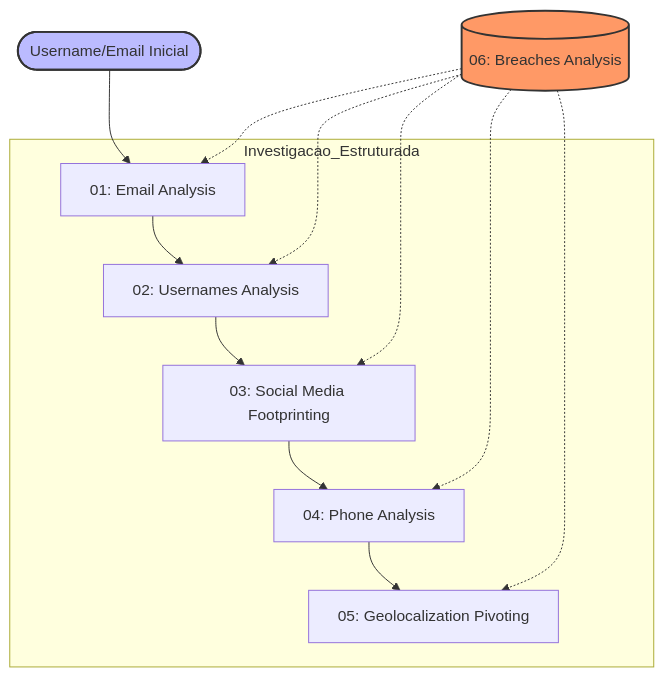
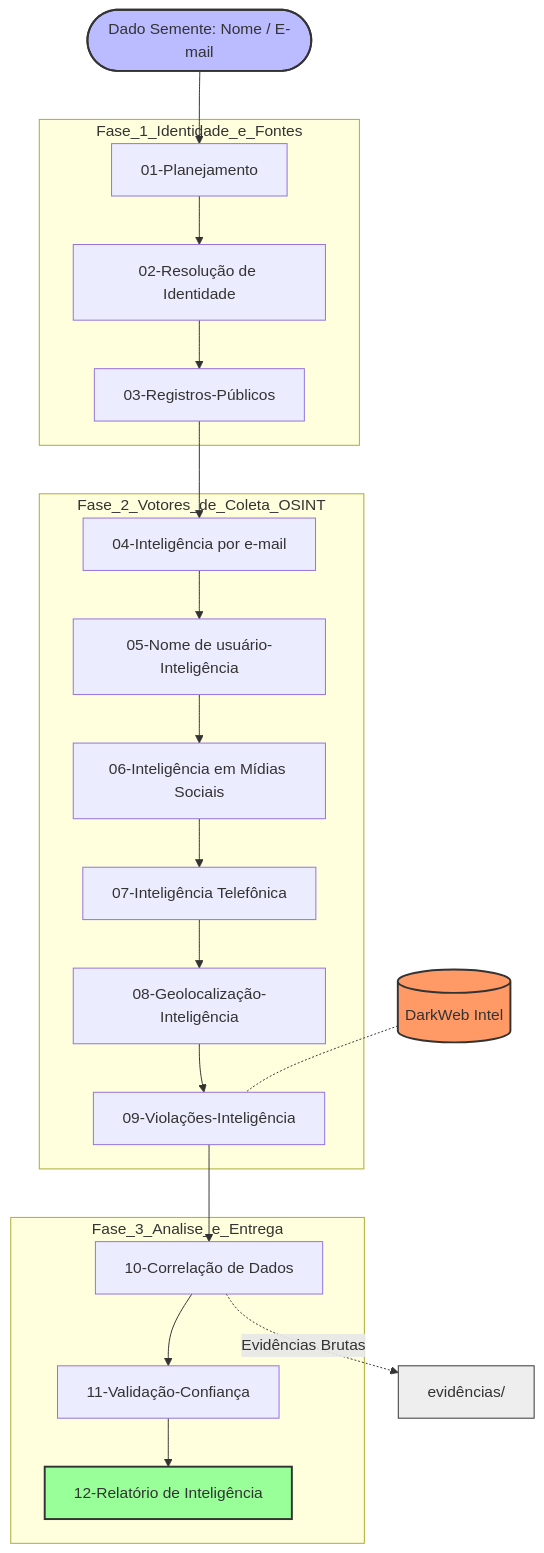
Before and after one commit to edenzafire/Red_Team_Repo: the diagram in 01_Osint/README.md, drawn with Mermaid. The commit also changed other lines of this file, not shown here.

````diff
--- a/01_Osint/README.md
+++ b/01_Osint/README.md
@@ -31,27 +32,36 @@
 ```mermaid
 graph TD
-    %% Ponto Central
-    B_DB[(06: Breaches Analysis)] 
+    %% Nós de Origem
+    Start([Dado Semente: Nome / E-mail]) --> P01[01-Planejamento]
     
-    %% Início
-    Start([Username/Email Inicial]) --> Phase1
-    
-    %% Fases
-    subgraph Investigacao_Estruturada
-        Phase1[01: Email Analysis] --> Phase2[02: Usernames Analysis]
-        Phase2 --> Phase3[03: Social Media Footprinting]
-        Phase3 --> Phase4[04: Phone Analysis]
-        Phase4 --> Phase5[05: Geolocalization Pivoting]
+    %% Fluxo Sequencial de Coleta e Resolução
+    subgraph Fase_1_Identidade_e_Fontes
+        P01 --> P02[02-Resolução de Identidade]
+        P02 --> P03[03-Registros-Públicos]
     end
 
-    %% Conexões dos Breaches
-    B_DB -.-> Phase1
-    B_DB -.-> Phase2
-    B_DB -.-> Phase3
-    B_DB -.-> Phase4
-    B_DB -.-> Phase5
+    subgraph Fase_2_Votores_de_Coleta_OSINT
+        P03 --> P04[04-Inteligência por e-mail]
+        P04 --> P05[05-Nome de usuário-Inteligência]
+        P05 --> P06[06-Inteligência em Mídias Sociais]
+        P06 --> P07[07-Inteligência Telefônica]
+        P07 --> P08[08-Geolocalização-Inteligência]
+        P08 --> P09[09-Violações-Inteligência]
+    end
+
+    subgraph Fase_3_Analise_e_Entrega
+        P09 --> P10[10-Correlação de Dados]
+        P10 --> P11[11-Validação-Confiança]
+        P11 --> P12[12-Relatório de Inteligência]
+    end
+
+    %% Integração com DarkWeb e Evidências
+    DarkWeb[(DarkWeb Intel)] -.- P09
+    P10 -. Evidências Brutas .-> Evid[evidências/]
 
     %% Estilização
-    style B_DB fill:#f96,stroke:#333,stroke-width:2px
     style Start fill:#bbf,stroke:#333,stroke-width:2px
+    style P12 fill:#9f9,stroke:#333,stroke-width:2px
+    style DarkWeb fill:#f96,stroke:#333,stroke-width:2px
+    style Evid fill:#eee,stroke:#333,stroke-width:1p
 ```
````
